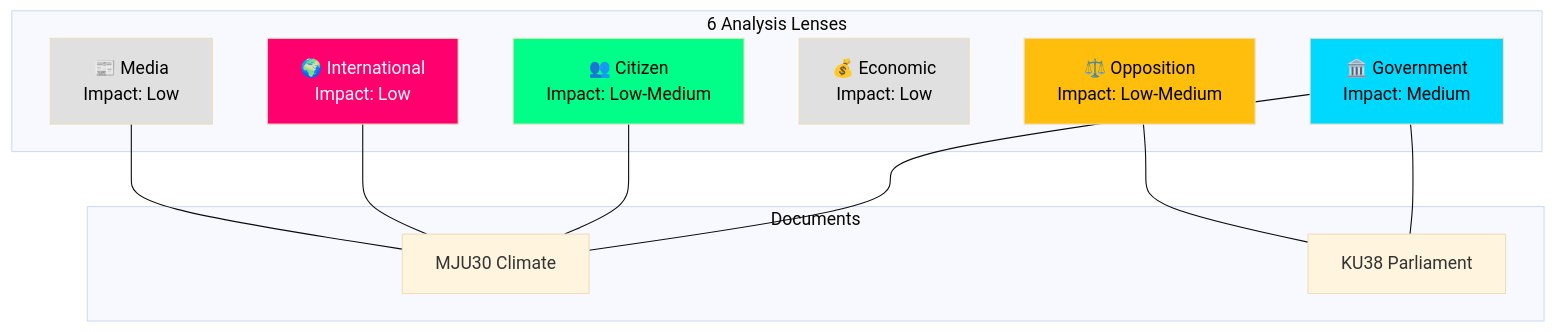
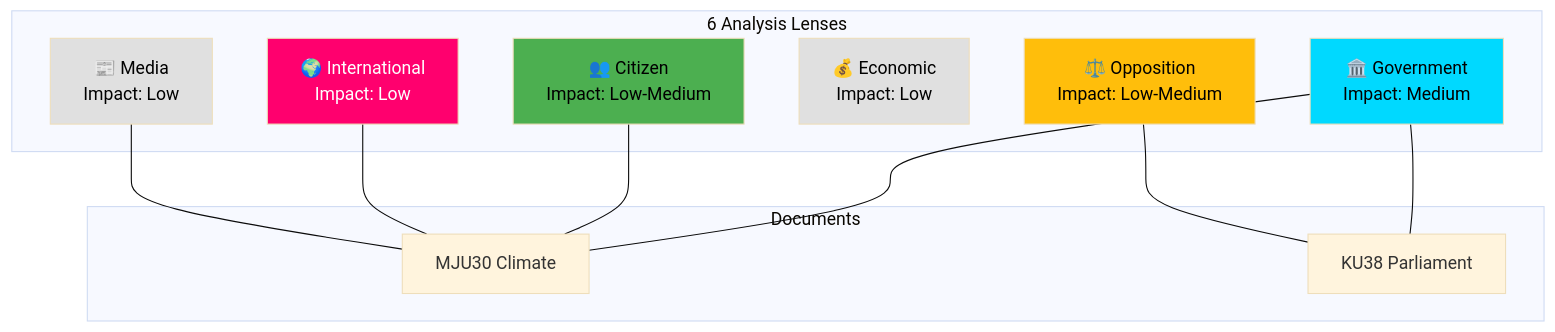
Before and after one commit to Hack23/riksdagsmonitor: the diagram in analysis/daily/2026-03-30/committeeReports/stakeholder-perspectives.md, drawn with Mermaid (base theme). The commit also changed 785 other files, not shown here.

First line of the commit message:
Normalize mermaid colors across 786 analysis artifacts to ISMS Style Guide palette

````diff
--- a/analysis/daily/2026-03-30/committeeReports/stakeholder-perspectives.md
+++ b/analysis/daily/2026-03-30/committeeReports/stakeholder-perspectives.md
@@ -18,30 +18,30 @@
 ```mermaid
 flowchart TD
     subgraph "6 Analysis Lenses"
         GOV["🏛️ Government<br/>Impact: Medium"]
         OPP["⚖️ Opposition<br/>Impact: Low-Medium"]
         CIT["👥 Citizen<br/>Impact: Low-Medium"]
         ECON["💰 Economic<br/>Impact: Low"]
         INTL["🌍 International<br/>Impact: Low"]
         MEDIA["📰 Media<br/>Impact: Low"]
     end
     
     subgraph "Documents"
         MJU30["MJU30 Climate"]
         KU38["KU38 Parliament"]
     end
     
     GOV --- MJU30
     GOV --- KU38
     OPP --- KU38
     CIT --- MJU30
     INTL --- MJU30
     MEDIA --- MJU30
     
-    style GOV fill:#00d9ff,color:#000
-    style OPP fill:#ffbe0b,color:#000
-    style CIT fill:#00ff88,color:#000
-    style ECON fill:#e0e0e0,color:#000
-    style INTL fill:#ff006e,color:#fff
-    style MEDIA fill:#e0e0e0,color:#000
+    style GOV fill:#00d9ff,color:#000000
+    style OPP fill:#ffbe0b,color:#000000
+    style CIT fill:#4CAF50,color:#000000
+    style ECON fill:#e0e0e0,color:#000000
+    style INTL fill:#ff006e,color:#FFFFFF
+    style MEDIA fill:#e0e0e0,color:#000000
 ```
````
